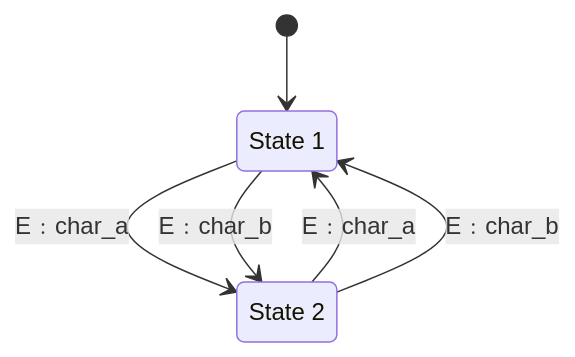
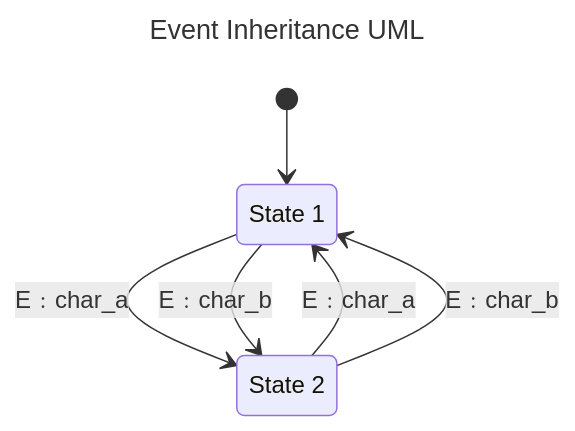
Before and after one commit to tongmon/fundamental-practice: diagram 13 of 13 in Programming Pattern/Behavioral Pattern/State.md, drawn with Mermaid. The commit also changed other lines of this file, not shown here.

````diff
--- a/Programming Pattern/Behavioral Pattern/State.md
+++ b/Programming Pattern/Behavioral Pattern/State.md
@@ -2490,11 +2726,15 @@
 ```mermaid
+---
+title : Event Inheritance UML
+---
+
 stateDiagram-v2
     State1: State 1
     State2: State 2
 
     [*] --> State1
     State1 --> State2 : E﹕char_a
     State1 --> State2 : E﹕char_b
     State2 --> State1 : E﹕char_a
     State2 --> State1 : E﹕char_b
 ```
````
